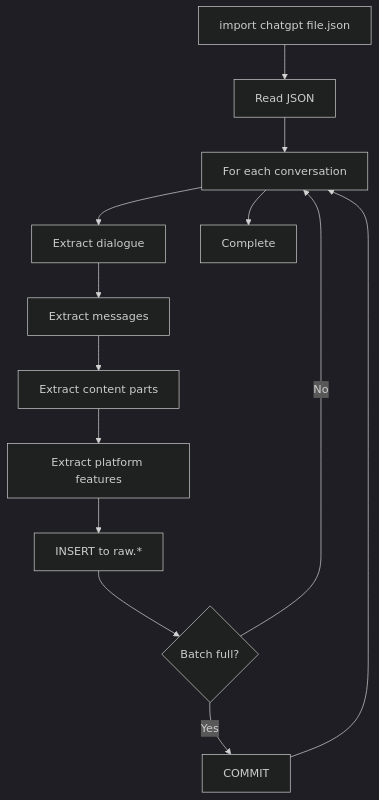
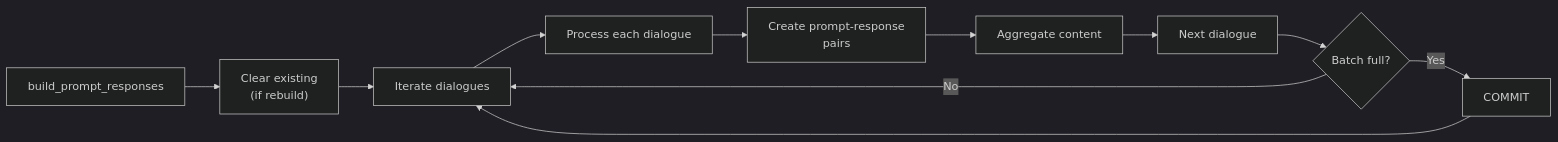
Before and after one commit to dmarx/chat2obs: the second of 3 diagrams in docs/cli.md, drawn with Mermaid (dark theme). The commit also changed other lines of this file and 7 other files, not shown here.

````diff
--- a/docs/cli.md
+++ b/docs/cli.md
@@ -119,18 +163,15 @@
 ```mermaid
-flowchart TD
-    Import["import chatgpt file.json"] --> Read["Read JSON"]
-    Read --> Loop["For each conversation"]
+flowchart LR
+    Build["build_prompt_responses"] --> Clear["Clear existing<br/>(if rebuild)"]
+    Clear --> Iterate["Iterate dialogues"]
     
-    Loop --> Extract["Extract dialogue"]
-    Extract --> ExtractMsgs["Extract messages"]
-    ExtractMsgs --> ExtractParts["Extract content parts"]
-    ExtractParts --> ExtractMeta["Extract platform features"]
-    ExtractMeta --> Insert["INSERT to raw.*"]
+    Iterate --> Process["Process each dialogue"]
+    Process --> Pair["Create prompt-response<br/>pairs"]
+    Pair --> Content["Aggregate content"]
+    Content --> Next["Next dialogue"]
     
-    Insert --> Batch{"Batch full?"}
-    Batch -->|Yes| Commit["COMMIT"]
-    Batch -->|No| Loop
-    Commit --> Loop
-    
-    Loop --> Done["Complete"]
+    Next --> Commit{"Batch full?"}
+    Commit -->|Yes| CommitDB["COMMIT"]
+    Commit -->|No| Iterate
+    CommitDB --> Iterate
 ```
````
